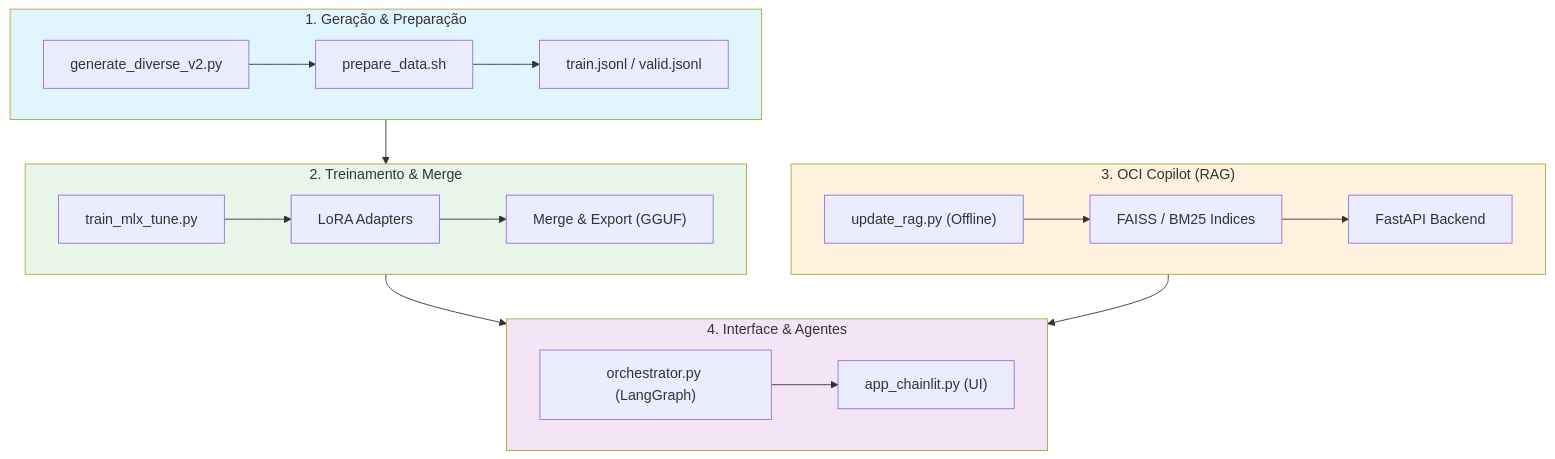
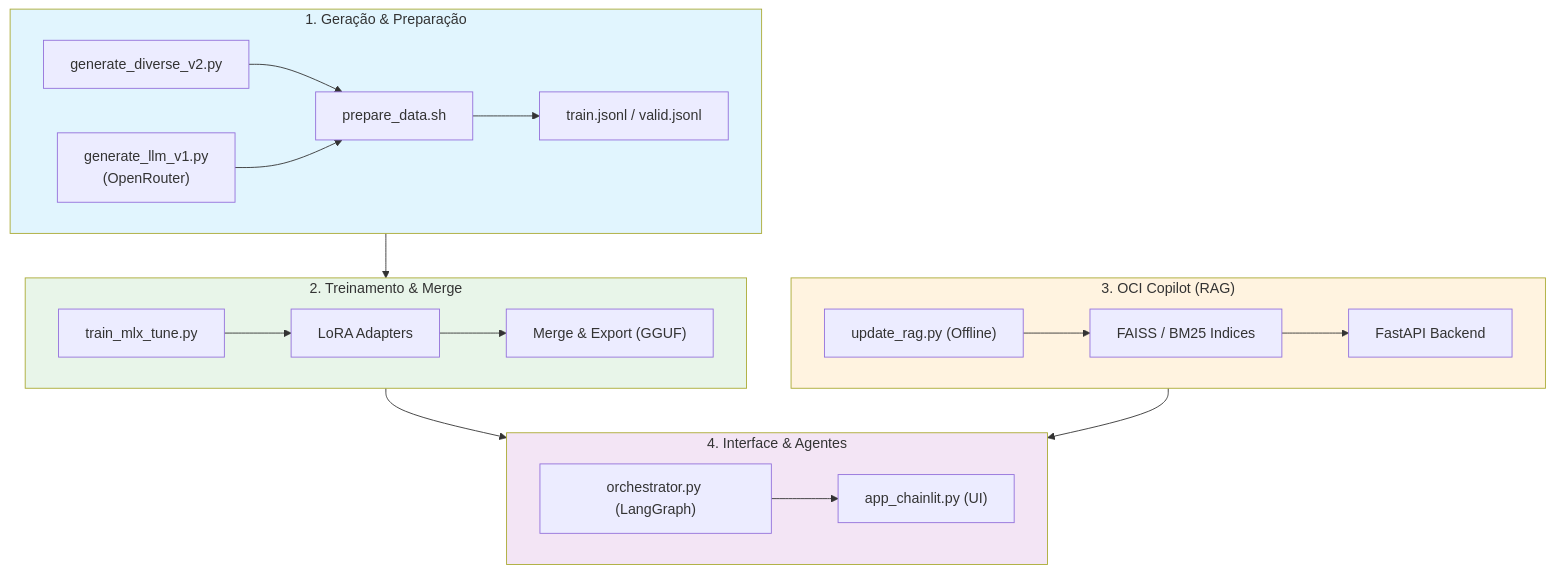
Before and after one commit to otavio-lemos/olia-2-oci: the first of 2 diagrams in README.md, drawn with Mermaid. The commit also changed other lines of this file, not shown here.

Commit message:
docs: adiciona passo de geração de dataset via LLM (OpenRouter) no README

````diff
--- a/README.md
+++ b/README.md
@@ -42,30 +42,31 @@
 ```mermaid
 flowchart TD
     subgraph GENERATION["1. Geração & Preparação"]
         A1["generate_diverse_v2.py"] --> A2["prepare_data.sh"]
+        A1b["generate_llm_v1.py\n(OpenRouter)"] --> A2
         A2 --> A3["train.jsonl / valid.jsonl"]
     end
 
     subgraph TRAINING["2. Treinamento & Merge"]
         B1["train_mlx_tune.py"] --> B2["LoRA Adapters"]
         B2 --> B3["Merge & Export (GGUF)"]
     end
 
     subgraph RAG["3. OCI Copilot (RAG)"]
         C1["update_rag.py (Offline)"] --> C2["FAISS / BM25 Indices"]
         C2 --> C3["FastAPI Backend"]
     end
 
     subgraph UI["4. Interface & Agentes"]
         D1["orchestrator.py (LangGraph)"] --> D2["app_chainlit.py (UI)"]
     end
 
     GENERATION --> TRAINING
     TRAINING --> UI
     RAG --> UI
 
     style GENERATION fill:#e1f5fe
     style TRAINING fill:#e8f5e9
     style RAG fill:#fff3e0
     style UI fill:#f3e5f5
 ```
````
